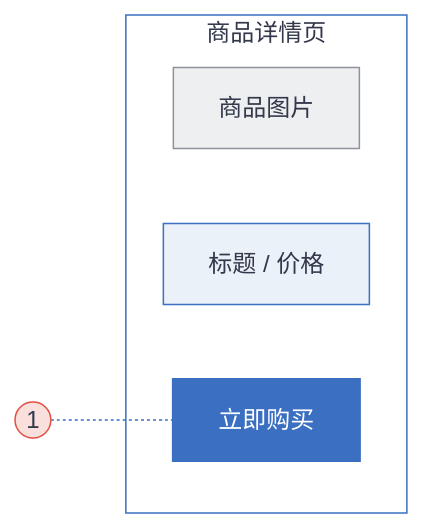
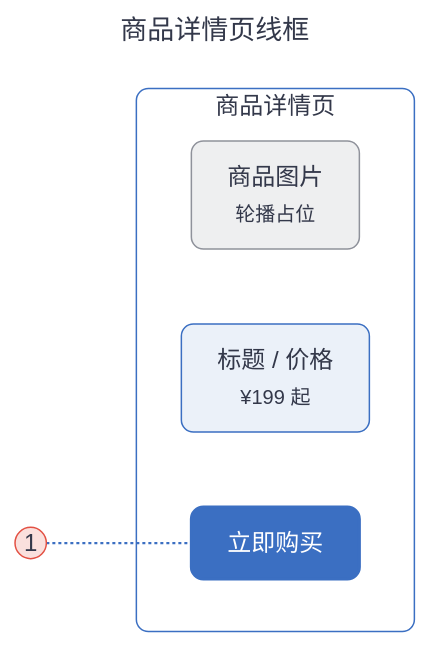
Before and after one commit to huang-hee/diagram-kit: the diagram in docs/assets/wireframe.mmd, drawn with Mermaid. The commit also changed 248 other files, not shown here.

First line of the commit message:
feat: 示例按统一风格重做，补齐 42 张 drawio 整图示例，默认工具改为 drawio

```diff
--- a/docs/assets/wireframe.mmd
+++ b/docs/assets/wireframe.mmd
@@ -1,37 +1,45 @@
 ---
+title: "商品详情页线框"
 config:
   theme: base
   fontFamily: "PingFang SC, Microsoft YaHei, Noto Sans CJK SC, Source Han Sans SC, sans-serif"
+  flowchart:
+    curve: "step"
+    nodeSpacing: 50
+    rankSpacing: 60
+    padding: 12
+    wrappingWidth: 300
   themeVariables:
     background: "#FFFFFF"
     primaryColor: "#FFFFFF"
     primaryBorderColor: "#3B6FC2"
     primaryTextColor: "#33384A"
     nodeTextColor: "#33384A"
     secondaryColor: "#FBDBD1"
     tertiaryColor: "#EBF1F9"
     lineColor: "#3B6FC2"
     textColor: "#33384A"
     clusterBkg: "#EBF1F9"
     clusterBorder: "#3B6FC2"
     edgeLabelBackground: "#FFFFFF"
     titleColor: "#33384A"
     noteBkgColor: "#FFF6CE"
     noteBorderColor: "#A6A086"
     noteTextColor: "#33384A"
 ---
 flowchart LR
   subgraph PAGE[商品详情页]
-    IMG[商品图片]:::block
-    INFO[标题 / 价格]:::component
+    IMG["商品图片<br><small>轮播占位</small>"]:::block
+    INFO["标题 / 价格<br><small>¥199 起</small>"]:::component
     BTN[立即购买]:::primaryBtn
   end
   M1((1)):::marker -.- BTN
   class PAGE canvas
 %% 该图 Mermaid 没有原生类型，优先用 drawio；下面是 flowchart 近似画法的配色
-classDef canvas fill:#FFFFFF,stroke:#3B6FC2,color:#33384A
-classDef block fill:#EEEFF0,stroke:#8F929B,color:#33384A
-classDef primaryBtn fill:#3B6FC2,stroke:#3B6FC2,color:#FFFFFF,stroke-width:2px
-classDef component fill:#EBF1F9,stroke:#3B6FC2,color:#33384A
-classDef marker fill:#FAE0DD,stroke:#E35144,color:#33384A
+classDef canvas fill:#FFFFFF,stroke:#3B6FC2,color:#33384A,rx:8,ry:8
+classDef block fill:#EEEFF0,stroke:#8F929B,color:#33384A,rx:8,ry:8
+classDef primaryBtn fill:#3B6FC2,stroke:#3B6FC2,color:#FFFFFF,stroke-width:2px,rx:8,ry:8
+classDef component fill:#EBF1F9,stroke:#3B6FC2,color:#33384A,rx:8,ry:8
+classDef marker fill:#FAE0DD,stroke:#E35144,color:#33384A,rx:8,ry:8
 %% 用法：节点 A:::canvas 或 class A,B canvas
+linkStyle default stroke-width:1.5px
```
